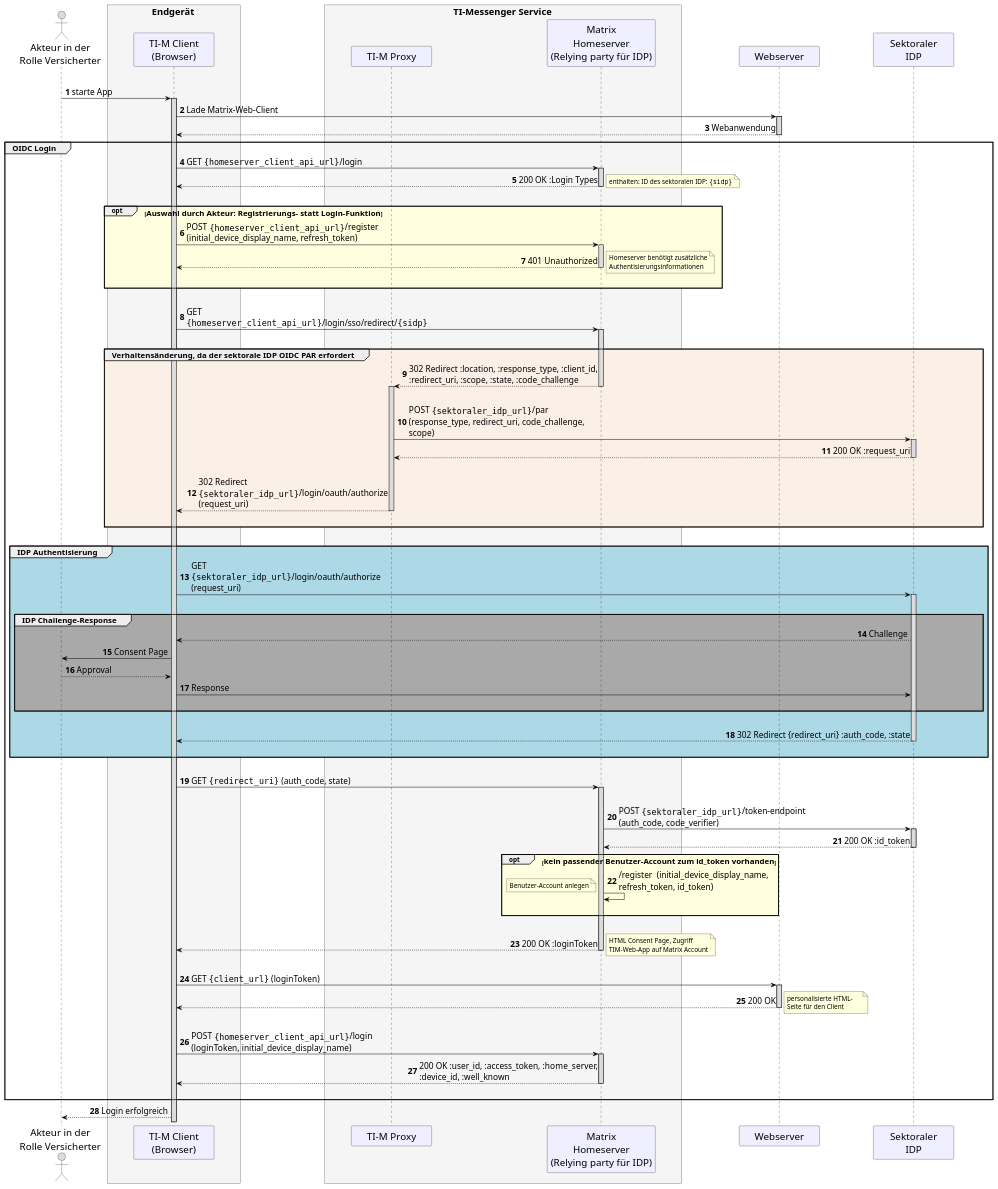
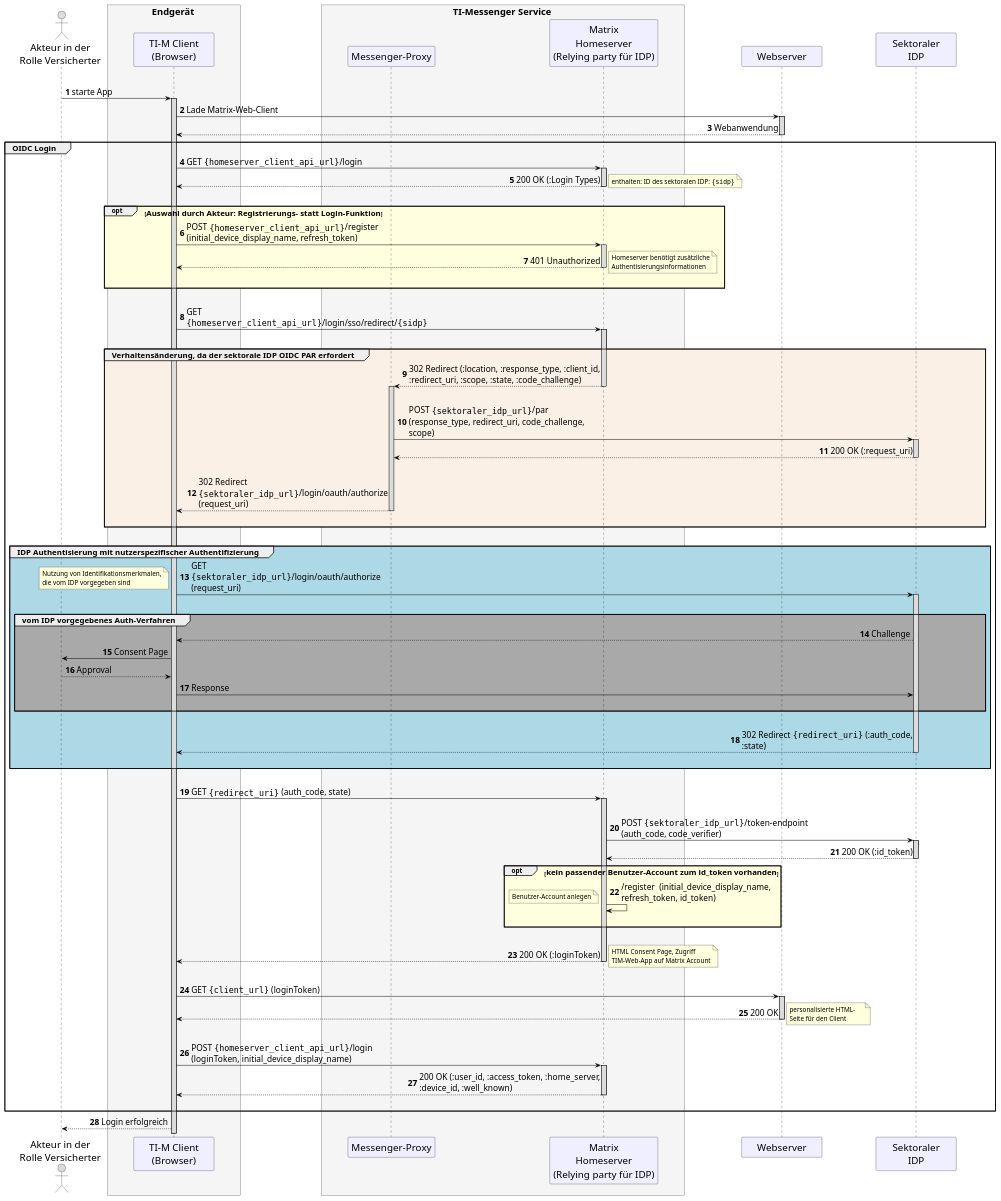
One commit to gematik/api-ti-messenger changed the diagram in src/plantuml/TI-M_ePA/TI-Messenger_OIDC_login_fdv_simplified.puml. Above: the diagram before and after it, drawn with PlantUML.

Commit message:
changed details and labels

```diff
--- a/src/plantuml/TI-M_ePA/TI-Messenger_OIDC_login_fdv_simplified.puml
+++ b/src/plantuml/TI-M_ePA/TI-Messenger_OIDC_login_fdv_simplified.puml
@@ -1,125 +1,129 @@
 @startuml "TI-Messenger_OIDC_Login_simplified"
 skinparam sequenceMessageAlign direction
 skinparam WrapWidth 300
 skinparam minClassWidth 150
 skinparam BoxPadding 1
 skinparam ParticipantPadding 50
 skinparam sequenceReferenceHeaderBackgroundColor palegreen
 scale max 2048 width
 skinparam maxMessageSize 400
 
 skinparam sequence {
 ArrowColor black
 ArrowFontSize 17
 ActorBorderColor black
 LifeLineBorderColor black
 LifeLineBackgroundColor Gainsboro
 
 ParticipantBorderColor Motivation
 ParticipantBackgroundColor Motivation
 ParticipantFontSize 20
 ParticipantFontColor black
 ParticipantBorderColor Black
 ParticipantBackgroundColor MOTIVATION
 
 ActorBackgroundColor Gainsboro
 ActorFontColor black
 ActorFontSize 20
 }
 
 autonumber
 
 actor us as "Akteur in der\nRolle Versicherter"
 box <size:19>Endgerät</size> #WhiteSmoke
   participant app as "TI-M Client\n(Browser)"
 end box
 box <size:19>TI-Messenger Service</size> #WhiteSmoke
-  participant pr as "TI-M Proxy"
+  participant pr as "Messenger-Proxy"
   participant hs as "Matrix\nHomeserver\n(Relying party für IDP)"
 end box
 participant mc as "Webserver"
 participant idp as "Sektoraler\nIDP"
 
 |||
 
 us -> app: starte App
 
 activate app
   app -> mc: Lade Matrix-Web-Client
   activate mc
   mc --> app --: Webanwendung
   group <size:16>OIDC Login</size>
     app -> hs ++: GET ""{homeserver_client_api_url}""/login
-    hs --> app --: 200 OK :Login Types
+    hs --> app --: 200 OK (:Login Types)
     note right
     enthalten: ID des sektoralen IDP: ""{sidp}""
     end note
     |||
     opt #LightYellow <size:16>Auswahl durch Akteur: Registrierungs- statt Login-Funktion</size>
     app -> hs ++: POST ""{homeserver_client_api_url}""/register (initial_device_display_name, refresh_token)
     hs --> app --: 401 Unauthorized
     note right
     Homeserver benötigt zusätzliche Authentisierungsinformationen
     end note
     |||
     end
     |||
     app -> hs++: GET ""{homeserver_client_api_url}""/login/sso/redirect/""{sidp}""
     |||
     group #Linen <size:16>Verhaltensänderung, da der sektorale IDP OIDC PAR erfordert</size>
-      hs --> pr --++: 302 Redirect :location, :response_type, :client_id, :redirect_uri, :scope, :state, :code_challenge
+      hs --> pr --++: 302 Redirect (:location, :response_type, :client_id, :redirect_uri, :scope, :state, :code_challenge)
       |||
       pr -> idp ++: POST ""{sektoraler_idp_url}""/par (response_type, redirect_uri, code_challenge, scope)
 
-      idp --> pr --: 200 OK :request_uri
+      idp --> pr --: 200 OK (:request_uri)
       |||
       pr --> app --: 302 Redirect ""{sektoraler_idp_url}""/login/oauth/authorize (request_uri)
       |||
     end
     |||
-    group #LightBlue <size:16>IDP Authentisierung</size>
+    group #LightBlue <size:16>IDP Authentisierung mit nutzerspezifischer Authentifizierung</size>
       app -> idp ++: GET ""{sektoraler_idp_url}""/login/oauth/authorize (request_uri)
+      note left
+      Nutzung von Identifikationsmerkmalen,
+      die vom IDP vorgegeben sind
+      end note
       |||
-      group #DarkGray <size:16>IDP Challenge-Response</size>
+      group #DarkGray <size:16>vom IDP vorgegebenes Auth-Verfahren</size>
         idp --> app: Challenge
         app -> us: Consent Page
         us --> app: Approval
         app -> idp: Response
       |||
       end
       |||
-      idp --> app --: 302 Redirect {redirect_uri} :auth_code, :state
+      idp --> app --: 302 Redirect ""{redirect_uri}"" (:auth_code, :state)
       |||
     end
     |||
     app -> hs ++: GET ""{redirect_uri}"" (auth_code, state)
     |||
     hs -> idp ++: POST ""{sektoraler_idp_url}""/token-endpoint (auth_code, code_verifier)
-    idp --> hs --: 200 OK :id_token
+    idp --> hs --: 200 OK (:id_token)
     opt #LightYellow <size:16>kein passender Benutzer-Account zum id_token vorhanden</size>
     hs -> hs: /register  (initial_device_display_name, refresh_token, id_token)
     note left
     Benutzer-Account anlegen
     end note
     |||
     end
     |||
-    hs --> app --: 200 OK :loginToken
+    hs --> app --: 200 OK (:loginToken)
     note right
     HTML Consent Page, Zugriff
     TIM-Web-App auf Matrix Account
     end note
     |||
     app -> mc ++: GET ""{client_url}"" (loginToken)
     mc --> app--: 200 OK
     note right
     personalisierte HTML-
     Seite für den Client
     end note
     |||
     app -> hs ++: POST ""{homeserver_client_api_url}""/login (loginToken, initial_device_display_name)
-    hs --> app --: 200 OK :user_id, :access_token, :home_server, :device_id, :well_known
+    hs --> app --: 200 OK (:user_id, :access_token, :home_server, :device_id, :well_known)
     |||
   end
   app --> us: Login erfolgreich
 @enduml
```
